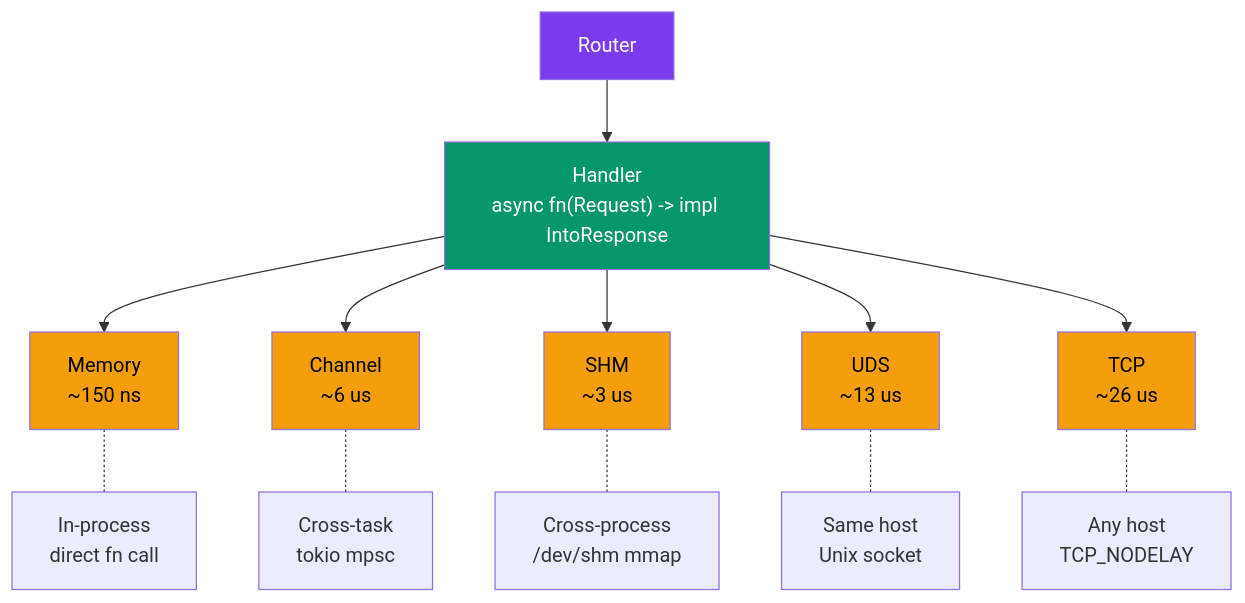
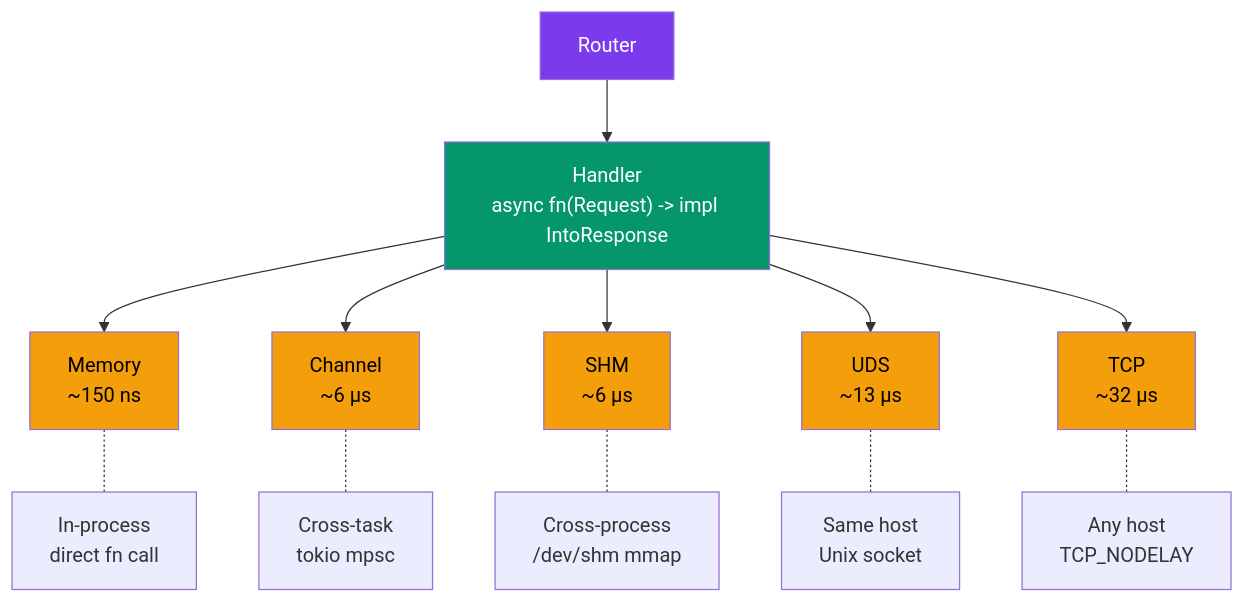
The first of 2 diagrams in README.md (userFRM/crossbar), drawn with Mermaid before and after one commit. The commit also changed other lines of this file and 1 other file, not shown here.

````diff
--- a/README.md
+++ b/README.md
@@ -117,24 +147,24 @@
 ```mermaid
 graph TD
     R["Router"] --> H["Handler<br>async fn(Request) -> impl IntoResponse"]
 
     H --> M["Memory<br>~150 ns"]
-    H --> CH["Channel<br>~6 us"]
-    H --> SHM["SHM<br>~3 us"]
-    H --> UDS["UDS<br>~13 us"]
-    H --> TCP["TCP<br>~26 us"]
+    H --> CH["Channel<br>~6 µs"]
+    H --> SHM["SHM<br>~6 µs"]
+    H --> UDS["UDS<br>~13 µs"]
+    H --> TCP["TCP<br>~32 µs"]
 
     M -.- MP["In-process<br>direct fn call"]
     CH -.- CP["Cross-task<br>tokio mpsc"]
     SHM -.- SP["Cross-process<br>/dev/shm mmap"]
     UDS -.- UP["Same host<br>Unix socket"]
     TCP -.- TP["Any host<br>TCP_NODELAY"]
 
     style R fill:#7c3aed,color:#fff
     style H fill:#059669,color:#fff
     style M fill:#f59e0b,color:#000
     style CH fill:#f59e0b,color:#000
     style SHM fill:#f59e0b,color:#000
     style UDS fill:#f59e0b,color:#000
     style TCP fill:#f59e0b,color:#000
 ```
````
